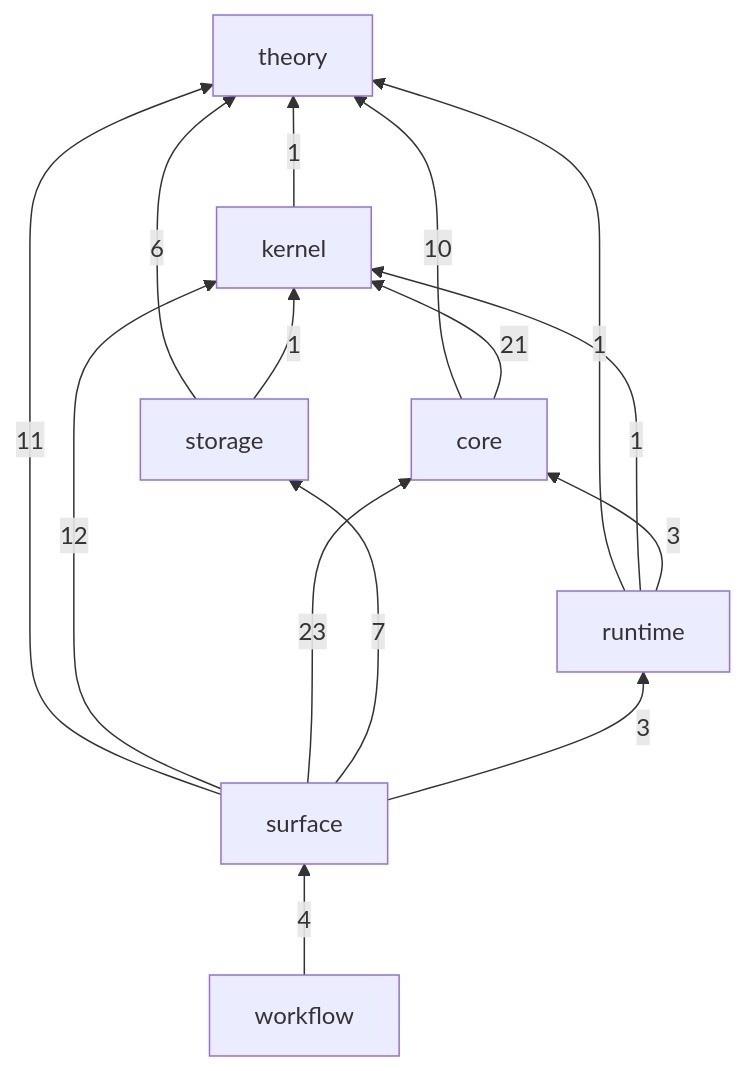
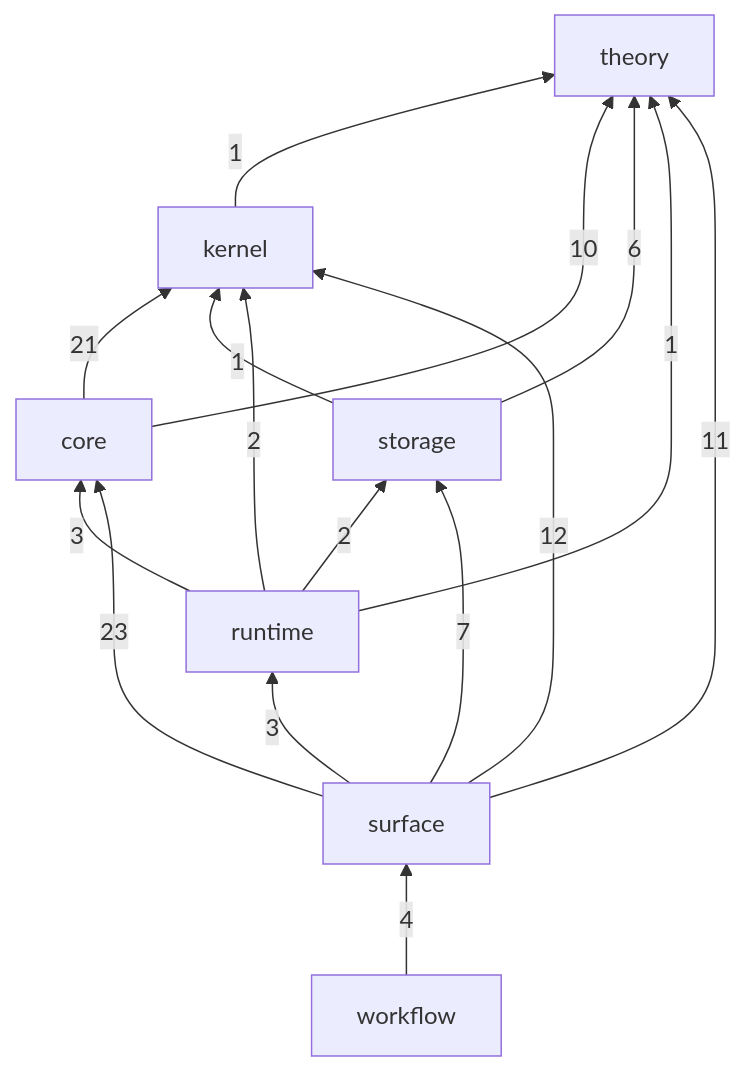
Before and after one commit to gandr-lang/gandr: the first of 2 diagrams in crates/README.md, drawn with Mermaid. The commit also changed other lines of this file and 14 other files, not shown here.

````diff
--- a/crates/README.md
+++ b/crates/README.md
@@ -30,24 +30,25 @@
 ```mermaid
 flowchart BT
   theory
   kernel
   core
   storage
   runtime
   surface
   workflow
   kernel -->|1| theory
   core -->|10| theory
   core -->|21| kernel
   storage -->|6| theory
   storage -->|1| kernel
   runtime -->|1| theory
-  runtime -->|1| kernel
+  runtime -->|2| kernel
   runtime -->|3| core
+  runtime -->|2| storage
   surface -->|11| theory
   surface -->|12| kernel
   surface -->|23| core
   surface -->|7| storage
   surface -->|3| runtime
   workflow -->|4| surface
 ```
````
